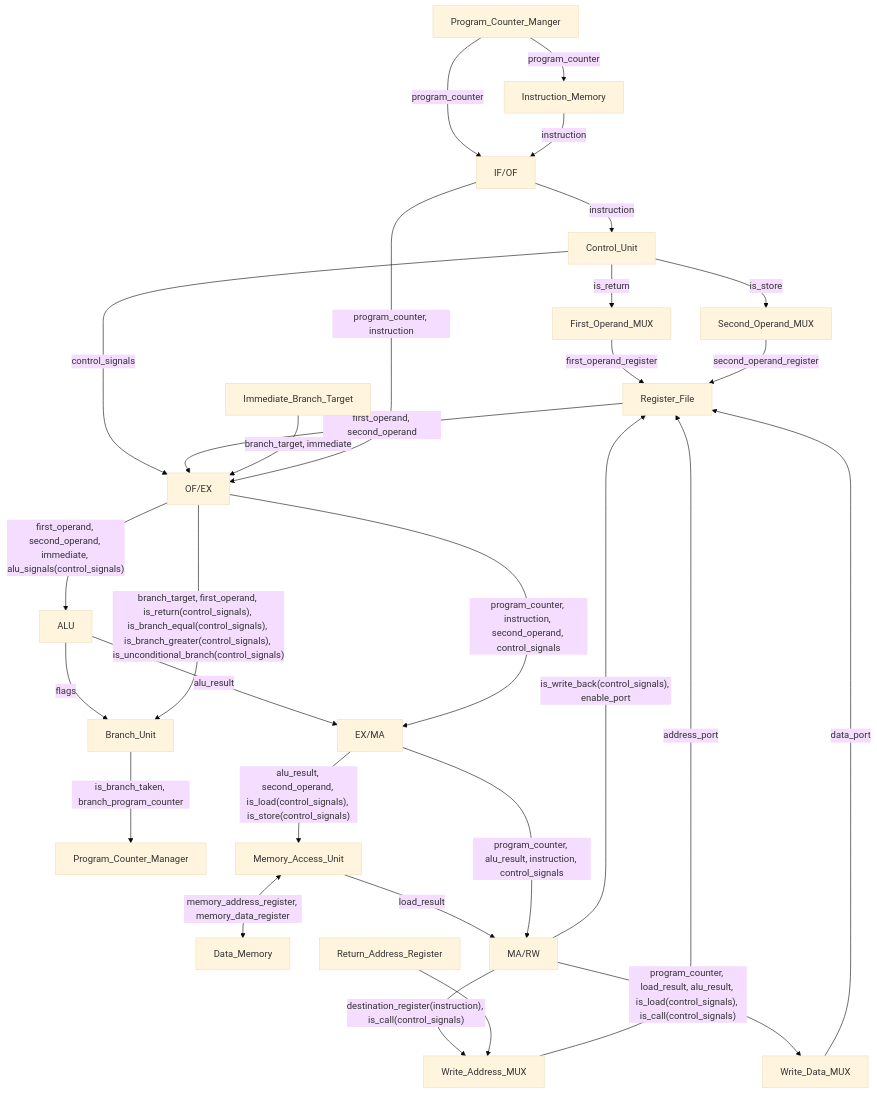
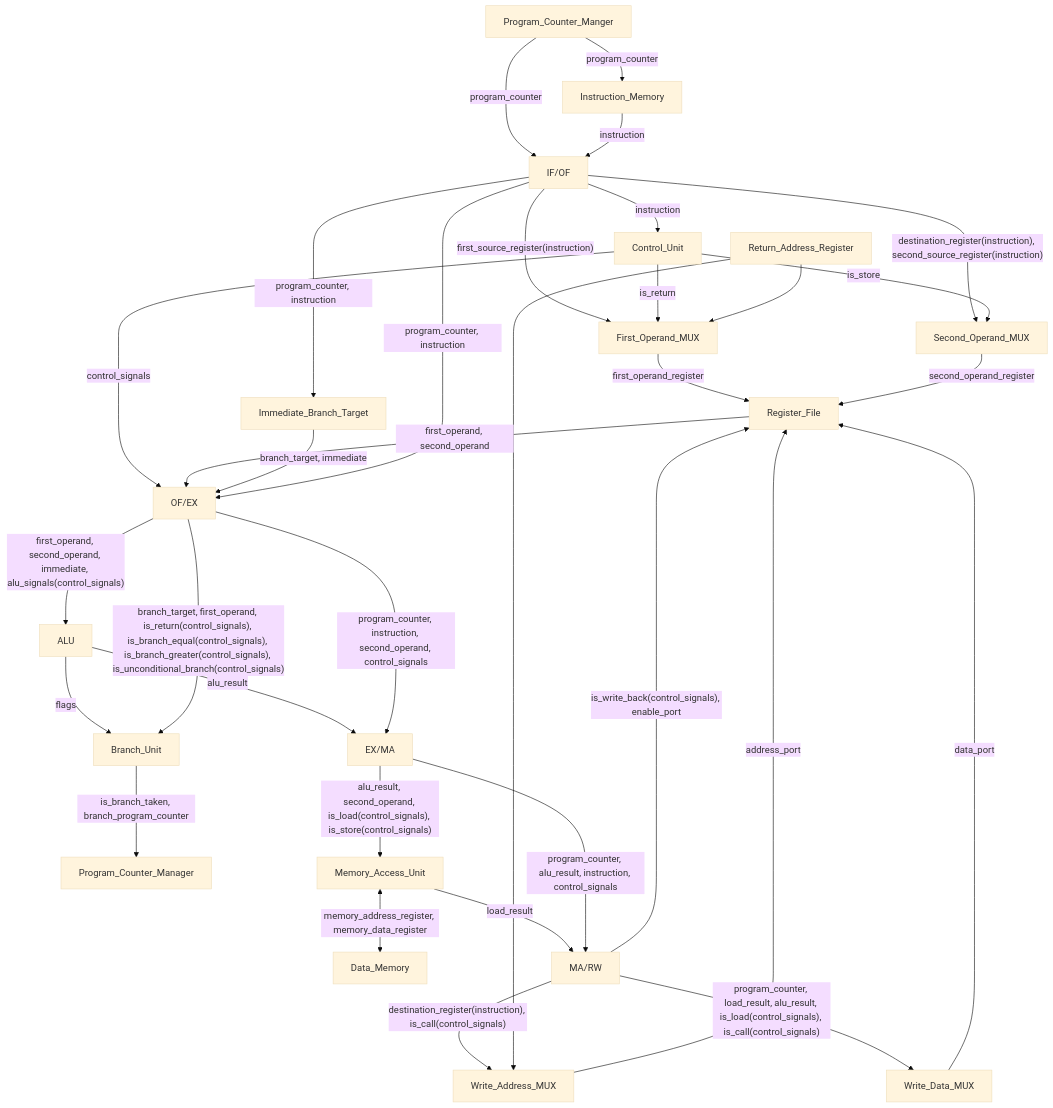
The diagram in architecture.md (brave-art-37/SimpleRISC), drawn with Mermaid (base theme) before and after one commit. The commit also changed 35 other files, not shown here.

````diff
--- a/architecture.md
+++ b/architecture.md
@@ -3,40 +3,44 @@
 ```mermaid
 flowchart TB
     %% IF
     Program_Counter_Manger --> |"program_counter"| Instruction_Memory
     Program_Counter_Manger --> |"program_counter"| IF/OF
     Instruction_Memory --> |"instruction"| IF/OF
 
     %% OF
     IF/OF --> |"instruction"| Control_Unit
+    IF/OF --> |"first_source_register(instruction)"| First_Operand_MUX
+    IF/OF --> |"destination_register(instruction), second_source_register(instruction)"| Second_Operand_MUX
     Control_Unit --> |"is_return"| First_Operand_MUX
     Control_Unit --> |"is_store"| Second_Operand_MUX
+    Return_Address_Register --> First_Operand_MUX
     First_Operand_MUX --> |"first_operand_register"| Register_File
     Second_Operand_MUX --> |"second_operand_register"| Register_File
     Control_Unit --> |"control_signals"| OF/EX
     Register_File --> |"first_operand, second_operand"| OF/EX
+    IF/OF --> |"program_counter, instruction"| Immediate_Branch_Target
     Immediate_Branch_Target --> |"branch_target, immediate"| OF/EX
     IF/OF --> |"program_counter, instruction"| OF/EX
 
     %% EX
     OF/EX --> |"first_operand, second_operand, immediate, alu_signals(control_signals)"| ALU
     ALU --> |"alu_result"| EX/MA
     ALU --> |"flags"| Branch_Unit
     OF/EX --> |"branch_target, first_operand, is_return(control_signals), is_branch_equal(control_signals), is_branch_greater(control_signals), is_unconditional_branch(control_signals)"| Branch_Unit
     Branch_Unit --> |"is_branch_taken, branch_program_counter"| Program_Counter_Manager
     OF/EX --> |"program_counter, instruction, second_operand, control_signals"| EX/MA 
 
     %% MA
     EX/MA --> |"alu_result, second_operand, is_load(control_signals), is_store(control_signals)"| Memory_Access_Unit
     Memory_Access_Unit <--> |"memory_address_register, memory_data_register"| Data_Memory
     Memory_Access_Unit --> |"load_result"| MA/RW
     EX/MA --> |"program_counter, alu_result, instruction, control_signals"| MA/RW
 
     %% RW
     MA/RW --> |"destination_register(instruction), is_call(control_signals)"| Write_Address_MUX
     Return_Address_Register --> Write_Address_MUX
     Write_Address_MUX --> |"address_port"| Register_File
     MA/RW --> |"program_counter, load_result, alu_result, is_load(control_signals), is_call(control_signals)"| Write_Data_MUX
     Write_Data_MUX --> |"data_port"| Register_File
     MA/RW --> |"is_write_back(control_signals), enable_port"| Register_File
 ```
````
